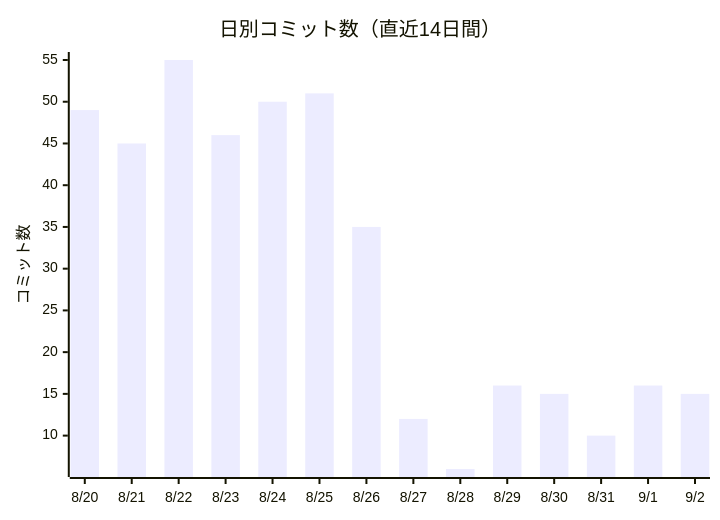
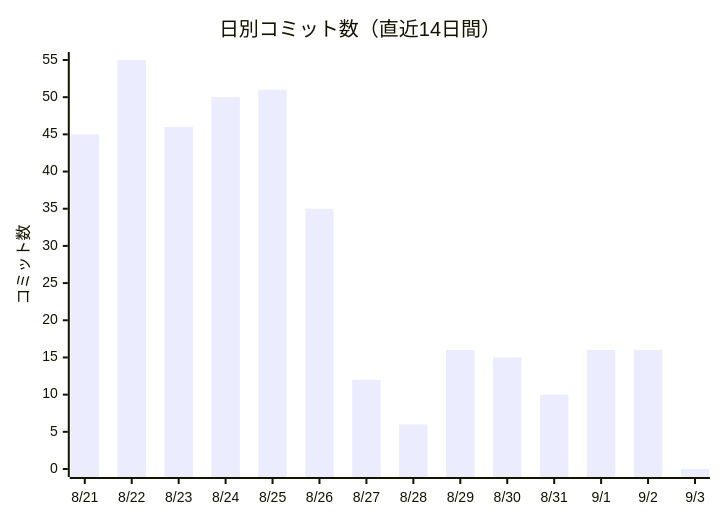
The first of 2 diagrams in docs/進化レポート.md (non-x2/non-x2), drawn with Mermaid before and after one commit. The commit also changed other lines of this file and 2 other files, not shown here.

````diff
--- a/docs/進化レポート.md
+++ b/docs/進化レポート.md
@@ -23,7 +23,7 @@
 ```mermaid
 xychart-beta
     title "日別コミット数（直近14日間）"
-    x-axis ["8/20", "8/21", "8/22", "8/23", "8/24", "8/25", "8/26", "8/27", "8/28", "8/29", "8/30", "8/31", "9/1", "9/2"]
+    x-axis ["8/21", "8/22", "8/23", "8/24", "8/25", "8/26", "8/27", "8/28", "8/29", "8/30", "8/31", "9/1", "9/2", "9/3"]
     y-axis "コミット数"
-    bar [49, 45, 55, 46, 50, 51, 35, 12, 6, 16, 15, 10, 16, 15]
+    bar [45, 55, 46, 50, 51, 35, 12, 6, 16, 15, 10, 16, 16, 0]
 ```
````
